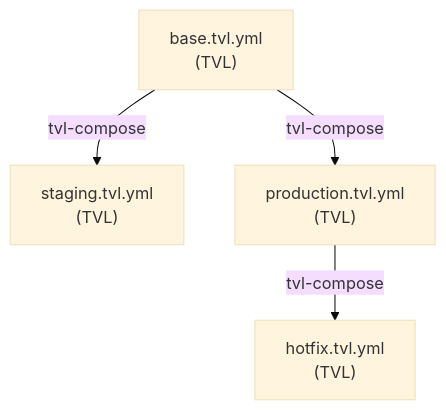
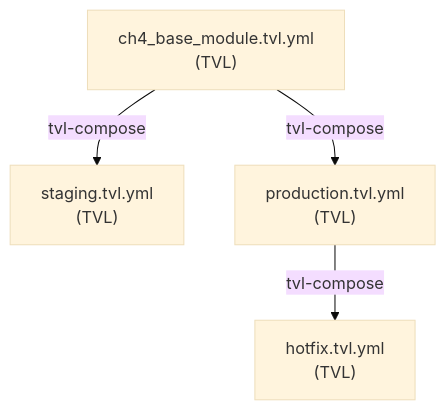
The diagram in tvl_book/website_content/book/chapter-04-patterns.md (Traigent/tvl), drawn with Mermaid (base theme) before and after one commit. The commit also changed other lines of this file and 194 other files, not shown here.

````diff
--- a/tvl_book/website_content/book/chapter-04-patterns.md
+++ b/tvl_book/website_content/book/chapter-04-patterns.md
@@ -114,6 +116,6 @@
 ```mermaid
 graph TD
-    Base["base.tvl.yml<br/>(TVL)"] -->|tvl-compose| Staging["staging.tvl.yml<br/>(TVL)"]
+    Base["ch4_base_module.tvl.yml<br/>(TVL)"] -->|tvl-compose| Staging["staging.tvl.yml<br/>(TVL)"]
     Base -->|tvl-compose| Production["production.tvl.yml<br/>(TVL)"]
     Production -->|tvl-compose| Hotfix["hotfix.tvl.yml<br/>(TVL)"]
 ```
````
